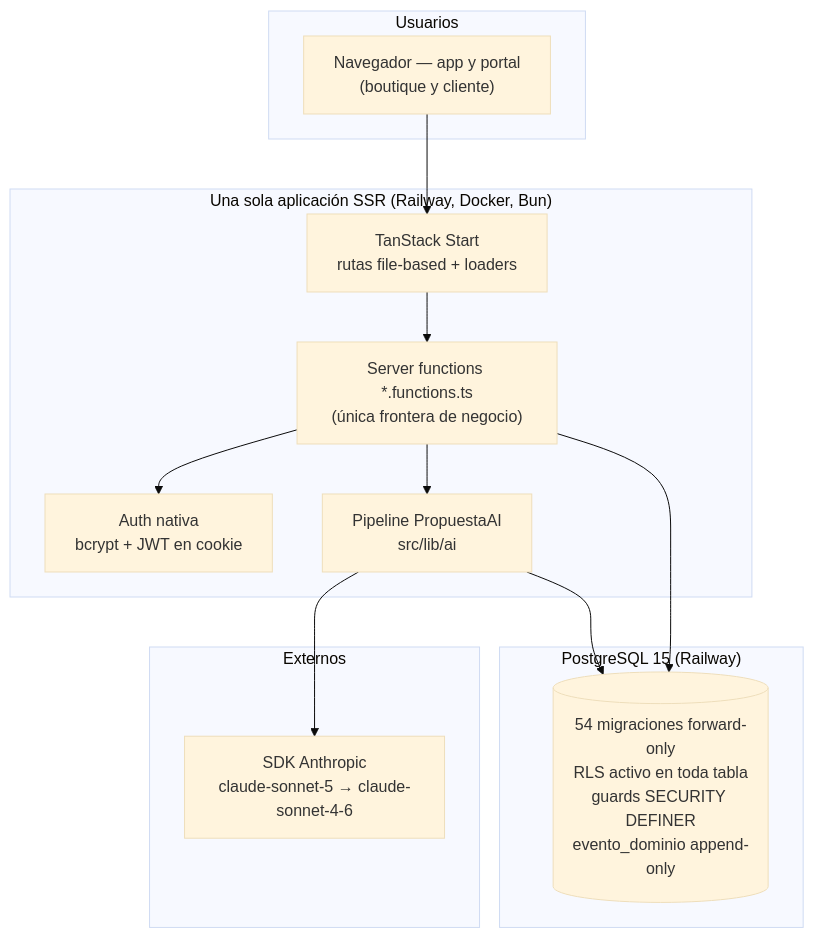
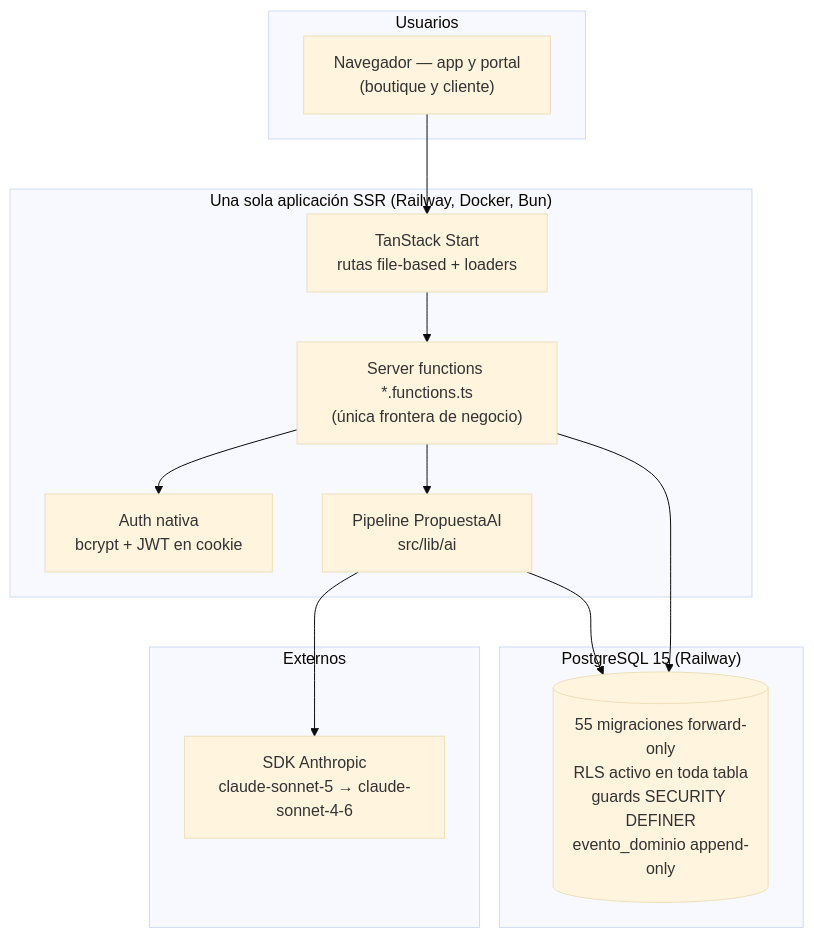
One commit to jtrujillo-ws/designio-app changed the second of 3 diagrams in docs/DESIGNIO-COMPLETE.md. Above: the diagram before and after it, drawn with Mermaid (base theme). The commit also changed other lines of this file, not shown here.

````diff
--- a/docs/DESIGNIO-COMPLETE.md
+++ b/docs/DESIGNIO-COMPLETE.md
@@ -205,22 +206,22 @@
 ```mermaid
 flowchart TD
   subgraph Usuarios
     B["Navegador — app y portal<br/>(boutique y cliente)"]
   end
   subgraph App["Una sola aplicación SSR (Railway, Docker, Bun)"]
     R["TanStack Start<br/>rutas file-based + loaders"]
     SF["Server functions *.functions.ts<br/>(única frontera de negocio)"]
     AUTH["Auth nativa<br/>bcrypt + JWT en cookie"]
     AI["Pipeline PropuestaAI<br/>src/lib/ai"]
   end
   subgraph Datos["PostgreSQL 15 (Railway)"]
-    PG[("54 migraciones forward-only<br/>RLS activo en toda tabla<br/>guards SECURITY DEFINER<br/>evento_dominio append-only")]
+    PG[("55 migraciones forward-only<br/>RLS activo en toda tabla<br/>guards SECURITY DEFINER<br/>evento_dominio append-only")]
   end
   subgraph Ext["Externos"]
     LLM["SDK Anthropic<br/>claude-sonnet-5 → claude-sonnet-4-6"]
   end
   B --> R --> SF --> PG
   SF --> AUTH
   SF --> AI --> LLM
   AI --> PG
 ```
````
